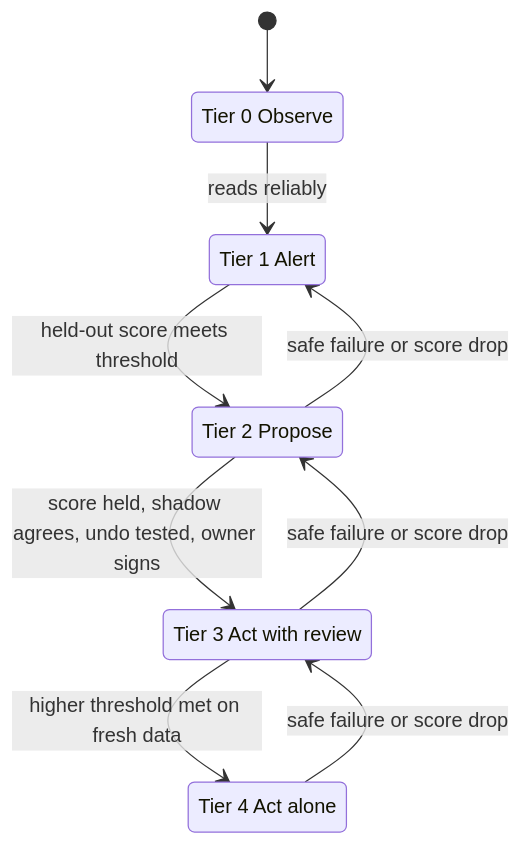
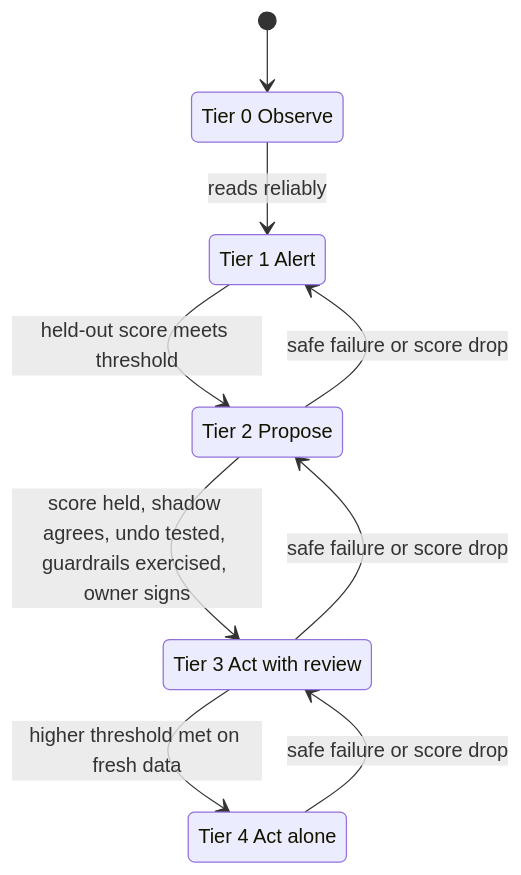
Before and after one commit to Benyoumen/agent-design-principles: the second of 2 diagrams in docs/principles.md, drawn with Mermaid. The commit also changed other lines of this file and 9 other files, not shown here.

First line of the commit message:
Normalize skills, strengthen autonomy tiers with evals, add ladder and write-contract diagrams, rewrite README, add sources

````diff
--- a/docs/principles.md
+++ b/docs/principles.md
@@ -30,17 +40,17 @@
 ```mermaid
 stateDiagram-v2
   [*] --> Observe
   Observe --> Alert: reads reliably
   Alert --> Propose: held-out score meets threshold
-  Propose --> ActWithReview: score held, shadow agrees, undo tested, owner signs
+  Propose --> ActWithReview: score held, shadow agrees, undo tested, guardrails exercised, owner signs
   ActWithReview --> ActAlone: higher threshold met on fresh data
   ActAlone --> ActWithReview: safe failure or score drop
   ActWithReview --> Propose: safe failure or score drop
   Propose --> Alert: safe failure or score drop
 
   Observe: Tier 0 Observe
   Alert: Tier 1 Alert
   Propose: Tier 2 Propose
   ActWithReview: Tier 3 Act with review
   ActAlone: Tier 4 Act alone
 ```
````
